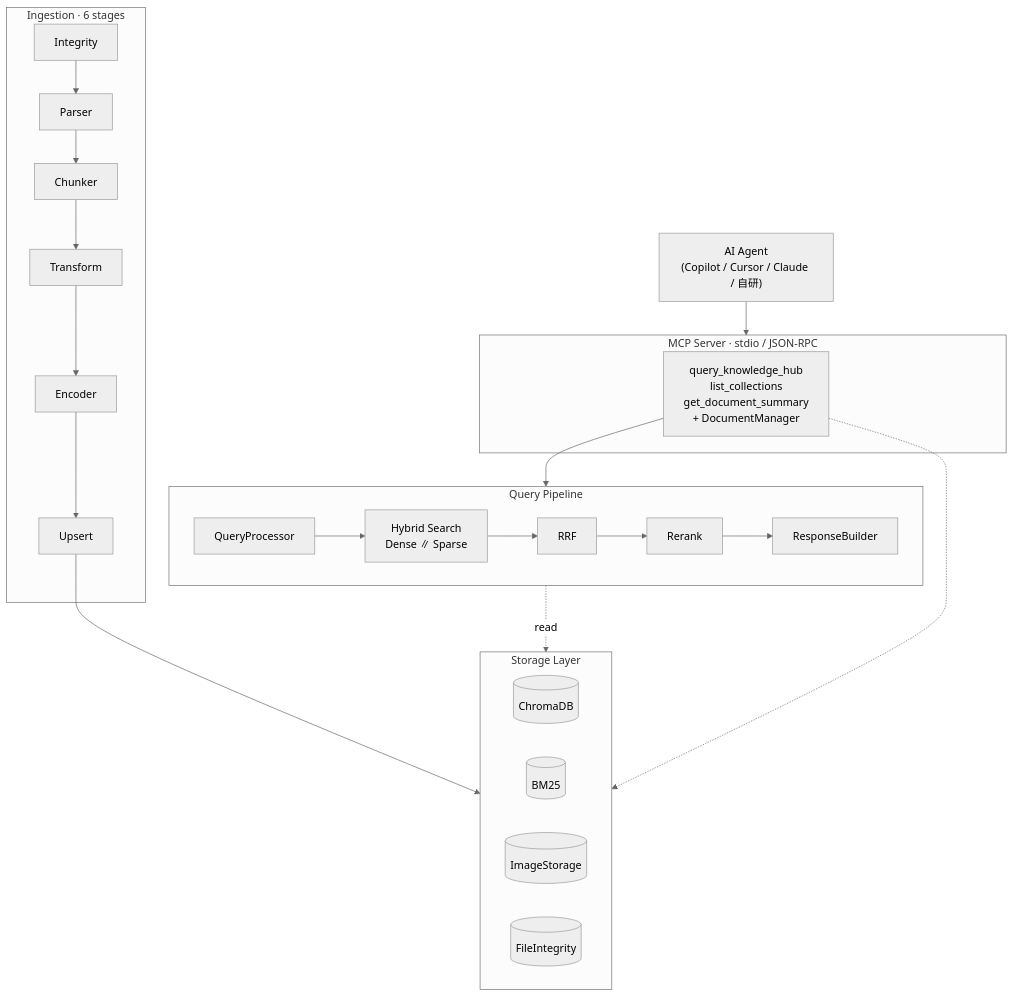
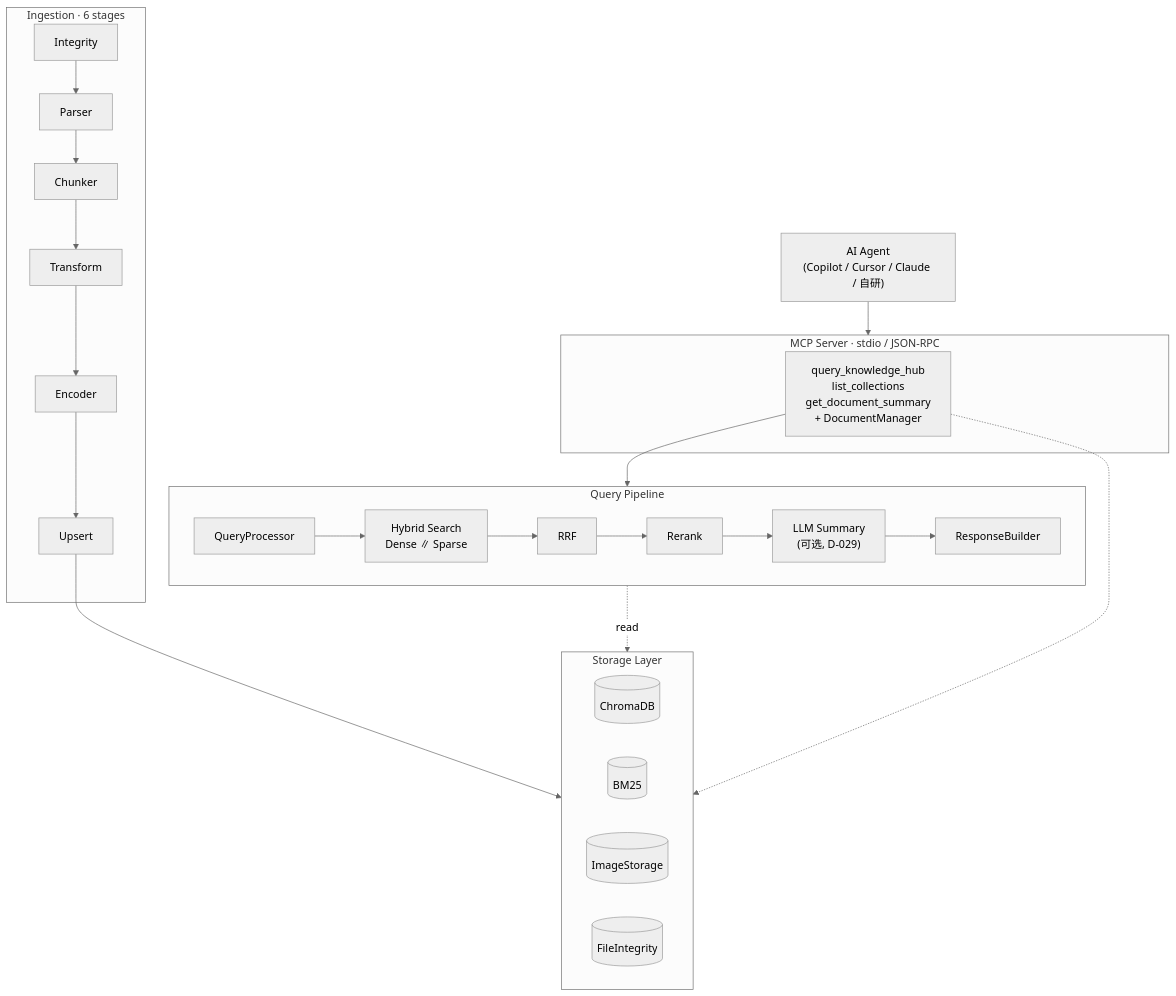
One commit to Canyon-Li/RAG-MCP changed the diagram in README.md. Above: the diagram before and after it, drawn with Mermaid (neutral theme). The commit also changed other lines of this file and 15 other files, not shown here.

````diff
--- a/README.md
+++ b/README.md
@@ -195,26 +198,26 @@
 ```mermaid
 flowchart TB
     Agent["AI Agent<br/>(Copilot / Cursor / Claude / 自研)"]
     subgraph MCP["MCP Server · stdio / JSON-RPC"]
         Tools["query_knowledge_hub<br/>list_collections<br/>get_document_summary<br/>+ DocumentManager"]
     end
     subgraph Core["Query Pipeline"]
         QP[QueryProcessor] --> HS[Hybrid Search<br/>Dense ∥ Sparse]
-        HS --> RRF --> RR[Rerank] --> RB[ResponseBuilder]
+        HS --> RRF --> RR[Rerank] --> GEN["LLM Summary<br/>(可选, D-029)"] --> RB[ResponseBuilder]
     end
     subgraph Ingest["Ingestion · 6 stages"]
         I1[Integrity] --> I2[Parser] --> I3[Chunker]
         I3 --> I4[Transform] --> I5[Encoder] --> I6[Upsert]
     end
     subgraph Store["Storage Layer"]
         S1[("ChromaDB")]
         S2[("BM25")]
         S3[("ImageStorage")]
         S4[("FileIntegrity")]
     end
     Agent --> MCP
     Tools --> Core
     Tools -.-> Store
     I6 --> Store
     Core -.read.-> Store
 ```
````
